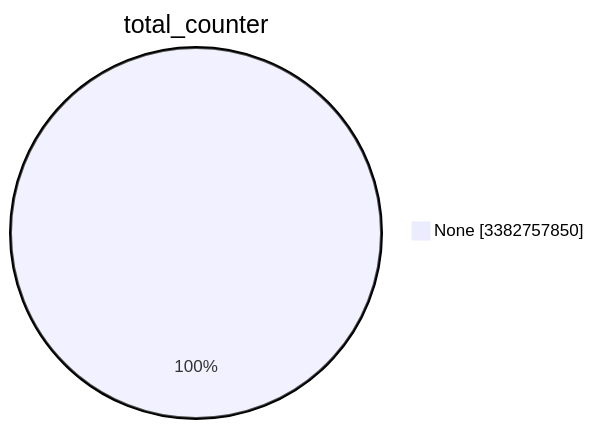
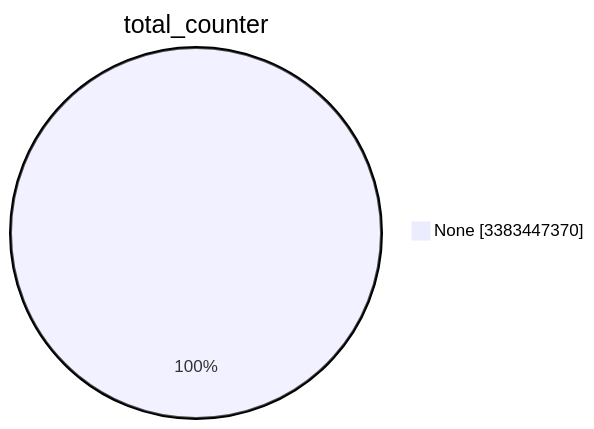
Before and after one commit to christiankrug/ctmonitor_visualization: the first of 15 diagrams in TOTAL/README.md, drawn with Mermaid. The commit also changed other lines of this file, not shown here.

````diff
--- a/TOTAL/README.md
+++ b/TOTAL/README.md
@@ -1,5 +1,5 @@
 ```mermaid
 pie showData
 title total_counter
-"None" :3382757850
+"None" :3383447370
 ```
````
